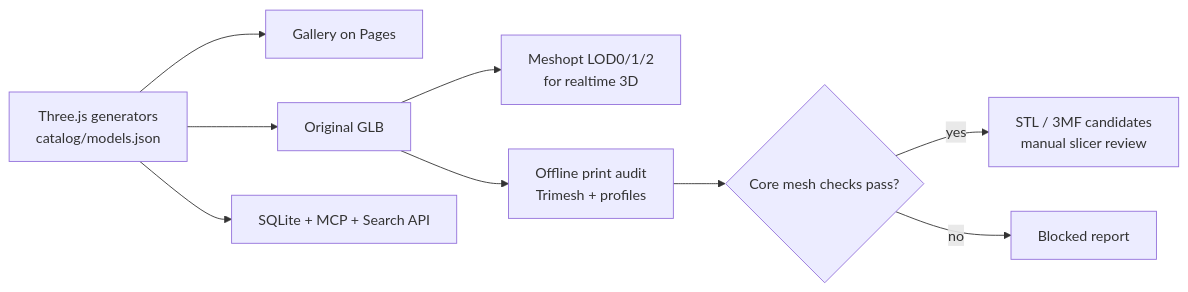
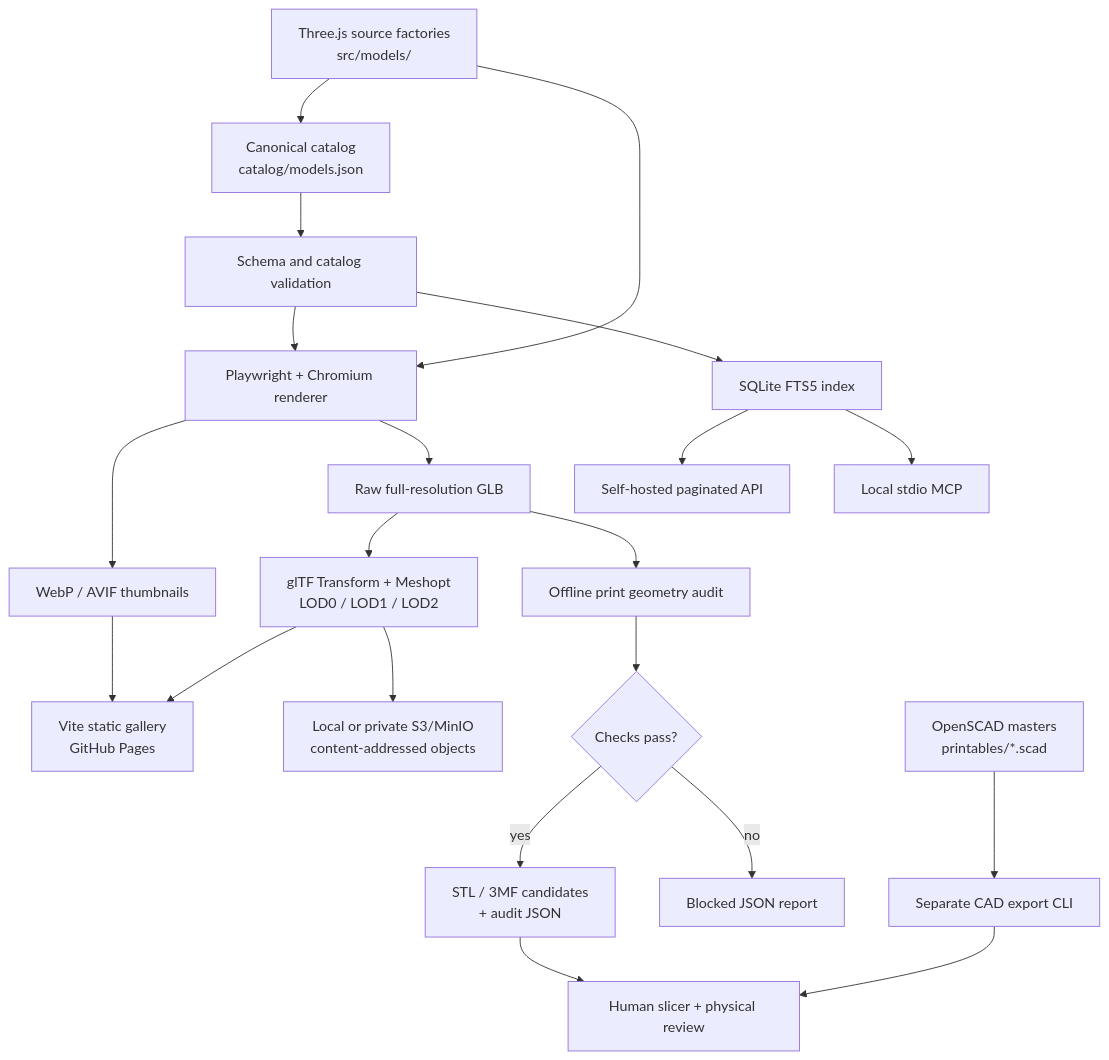
One commit to 1998x-stack/3D-worlds changed the diagram in README.md. Above: the diagram before and after it, drawn with Mermaid. The commit also changed other lines of this file and 1 other file, not shown here.

```diff
--- a/README.md
+++ b/README.md
@@ -154,11 +127,23 @@
 ~~~mermaid
-flowchart LR
-    A["Three.js generators<br/>catalog/models.json"] --> B["Gallery on Pages"]
-    A --> C["Original GLB"]
-    C --> D["Meshopt LOD0/1/2<br/>for realtime 3D"]
-    C --> E["Offline print audit<br/>Trimesh + profiles"]
-    E --> F{"Core mesh checks pass?"}
-    F -->|yes| G["STL / 3MF candidates<br/>manual slicer review"]
-    F -->|no| H["Blocked report"]
-    A --> I["SQLite + MCP + Search API"]
+flowchart TD
+    S["Three.js source factories<br/>src/models/"] --> M["Canonical catalog<br/>catalog/models.json"]
+    M --> V["Schema and catalog validation"]
+    S --> R["Playwright + Chromium renderer"]
+    V --> R
+    R --> T["WebP / AVIF thumbnails"]
+    R --> G["Raw full-resolution GLB"]
+    G --> L["glTF Transform + Meshopt<br/>LOD0 / LOD1 / LOD2"]
+    T --> P["Vite static gallery<br/>GitHub Pages"]
+    L --> P
+    V --> Q["SQLite FTS5 index"]
+    Q --> API["Self-hosted paginated API"]
+    Q --> MCP["Local stdio MCP"]
+    L --> STORE["Local or private S3/MinIO<br/>content-addressed objects"]
+    G --> QA["Offline print geometry audit"]
+    QA --> D{"Checks pass?"}
+    D -->|yes| C["STL / 3MF candidates<br/>+ audit JSON"]
+    D -->|no| X["Blocked JSON report"]
+    C --> H["Human slicer + physical review"]
+    CAD["OpenSCAD masters<br/>printables/*.scad"] --> CE["Separate CAD export CLI"]
+    CE --> H
 ~~~
```
